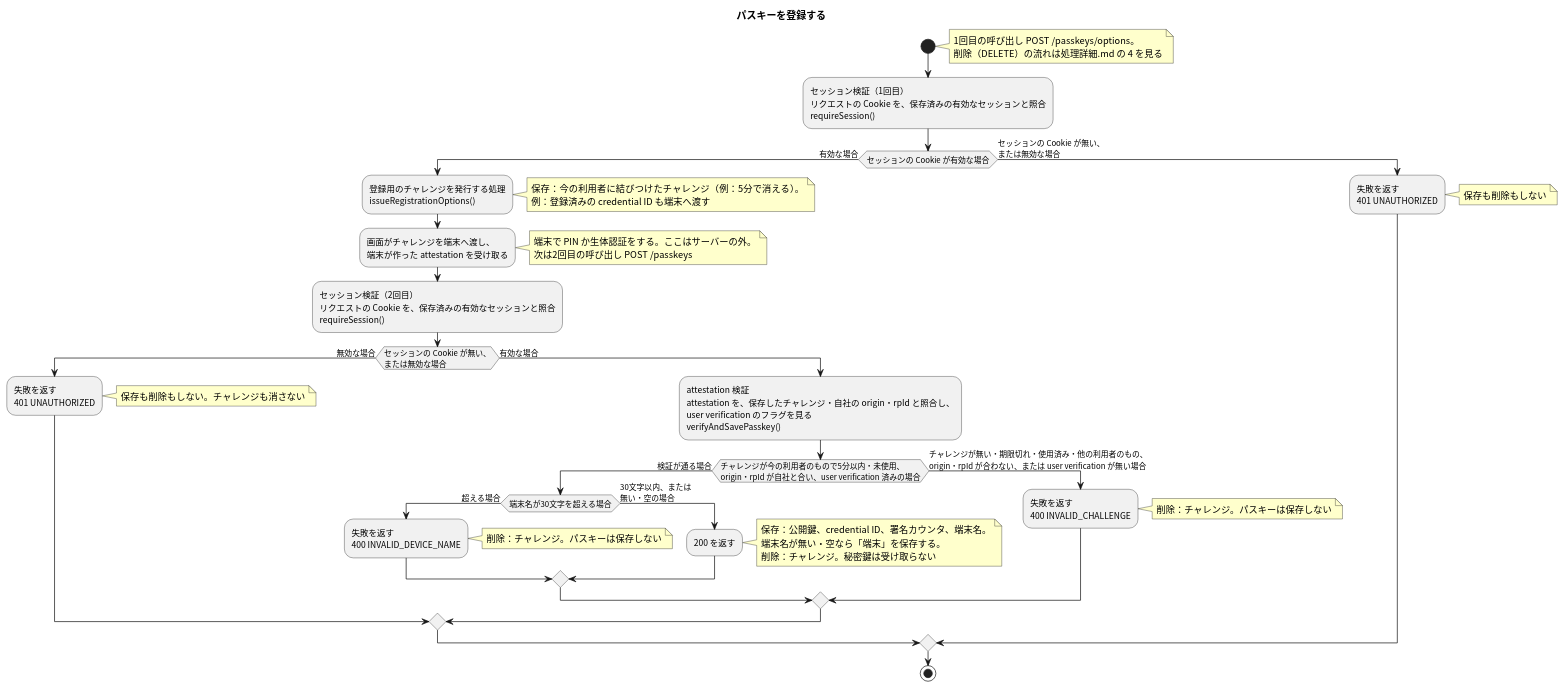
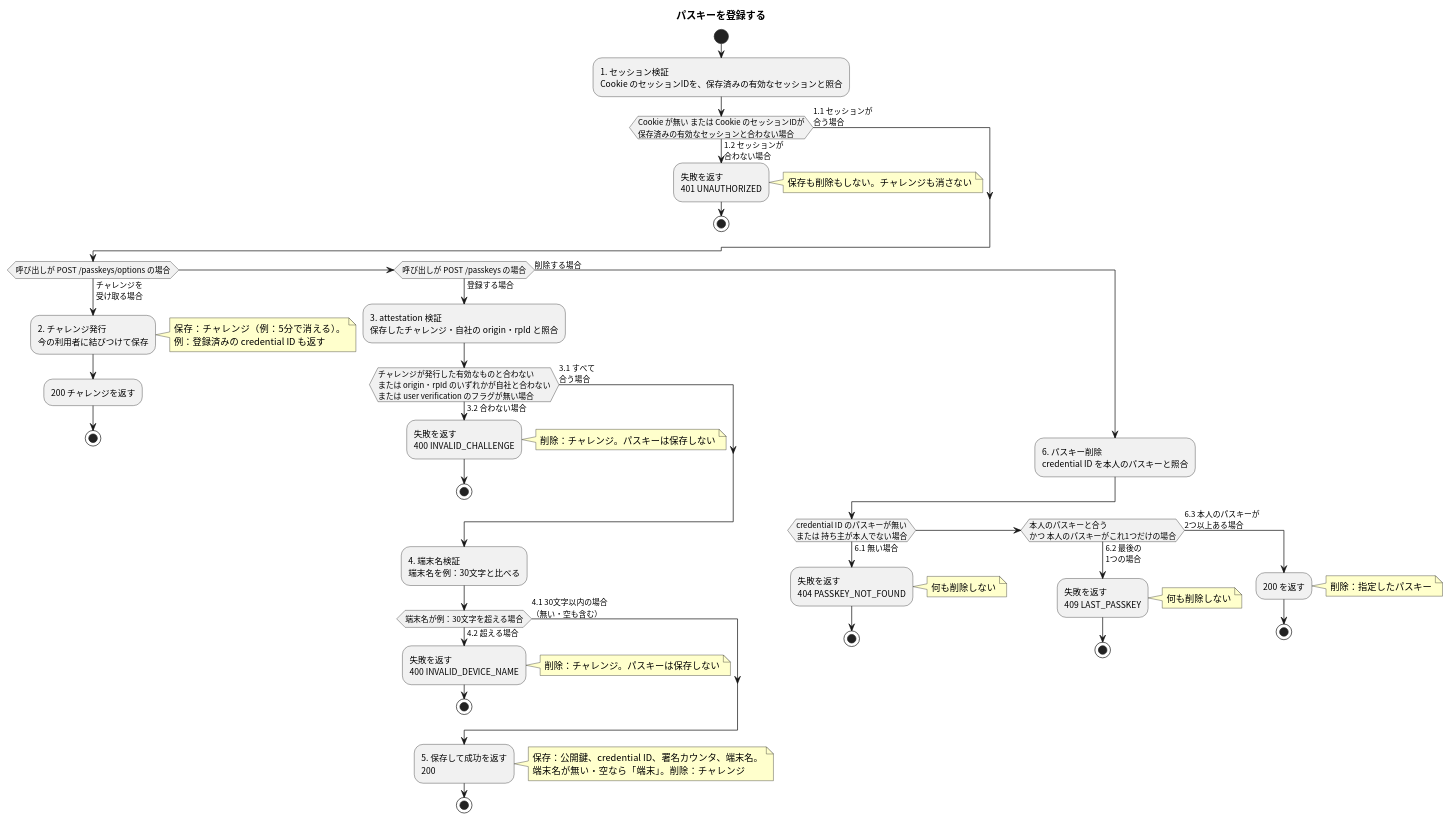
The diagram in apis/register-passkey/flow.puml (masamasamasato/design-doc-template), drawn with PlantUML before and after one commit. The commit also changed other lines of this file and 35 other files, not shown here.

```diff
--- a/apis/register-passkey/flow.puml
+++ b/apis/register-passkey/flow.puml
@@ -3,41 +3,56 @@
 @startuml
 skinparam shadowing false
 skinparam defaultFontName "Noto Sans CJK JP"
 skinparam ActivityFontName "Noto Sans CJK JP"
 skinparam NoteBackgroundColor #FFFFCC
 
 title パスキーを登録する
 
 start
-note right: 1回目の呼び出し POST /passkeys/options。\n削除（DELETE）の流れは処理詳細.md の 4 を見る
-:セッション検証（1回目）\nリクエストの Cookie を、保存済みの有効なセッションと照合\nrequireSession();
-if (セッションの Cookie が有効な場合) then (有効な場合)
-  :登録用のチャレンジを発行する処理\nissueRegistrationOptions();
-  note right: 保存：今の利用者に結びつけたチャレンジ（例：5分で消える）。\n例：登録済みの credential ID も端末へ渡す
-  :画面がチャレンジを端末へ渡し、\n端末が作った attestation を受け取る;
-  note right: 端末で PIN か生体認証をする。ここはサーバーの外。\n次は2回目の呼び出し POST /passkeys
-  :セッション検証（2回目）\nリクエストの Cookie を、保存済みの有効なセッションと照合\nrequireSession();
-  if (セッションの Cookie が無い、\nまたは無効な場合) then (無効な場合)
-    :失敗を返す\n401 UNAUTHORIZED;
-    note right: 保存も削除もしない。チャレンジも消さない
-  else (有効な場合)
-    :attestation 検証\nattestation を、保存したチャレンジ・自社の origin・rpId と照合し、\nuser verification のフラグを見る\nverifyAndSavePasskey();
-    if (チャレンジが今の利用者のもので5分以内・未使用、\norigin・rpId が自社と合い、user verification 済みの場合) then (検証が通る場合)
-      if (端末名が30文字を超える場合) then (超える場合)
-        :失敗を返す\n400 INVALID_DEVICE_NAME;
-        note right: 削除：チャレンジ。パスキーは保存しない
-      else (30文字以内、または\n無い・空の場合)
-        :200 を返す;
-        note right: 保存：公開鍵、credential ID、署名カウンタ、端末名。\n端末名が無い・空なら「端末」を保存する。\n削除：チャレンジ。秘密鍵は受け取らない
-      endif
-    else (チャレンジが無い・期限切れ・使用済み・他の利用者のもの、\norigin・rpId が合わない、または user verification が無い場合)
-      :失敗を返す\n400 INVALID_CHALLENGE;
-      note right: 削除：チャレンジ。パスキーは保存しない
-    endif
+:1. セッション検証\nCookie のセッションIDを、保存済みの有効なセッションと照合;
+if (Cookie が無い または Cookie のセッションIDが\n保存済みの有効なセッションと合わない場合) then (1.2 セッションが\n合わない場合)
+  :失敗を返す\n401 UNAUTHORIZED;
+  note right: 保存も削除もしない。チャレンジも消さない
+  stop
+else (1.1 セッションが\n合う場合)
+endif
+if (呼び出しが POST /passkeys/options の場合) then (チャレンジを\n受け取る場合)
+  :2. チャレンジ発行\n今の利用者に結びつけて保存;
+  note right: 保存：チャレンジ（例：5分で消える）。\n例：登録済みの credential ID も返す
+  :200 チャレンジを返す;
+  stop
+elseif (呼び出しが POST /passkeys の場合) then (登録する場合)
+  :3. attestation 検証\n保存したチャレンジ・自社の origin・rpId と照合;
+  if (チャレンジが発行した有効なものと合わない\nまたは origin・rpId のいずれかが自社と合わない\nまたは user verification のフラグが無い場合) then (3.2 合わない場合)
+    :失敗を返す\n400 INVALID_CHALLENGE;
+    note right: 削除：チャレンジ。パスキーは保存しない
+    stop
+  else (3.1 すべて\n合う場合)
   endif
-else (セッションの Cookie が無い、\nまたは無効な場合)
-  :失敗を返す\n401 UNAUTHORIZED;
-  note right: 保存も削除もしない
+  :4. 端末名検証\n端末名を例：30文字と比べる;
+  if (端末名が例：30文字を超える場合) then (4.2 超える場合)
+    :失敗を返す\n400 INVALID_DEVICE_NAME;
+    note right: 削除：チャレンジ。パスキーは保存しない
+    stop
+  else (4.1 30文字以内の場合\n（無い・空も含む）)
+  endif
+  :5. 保存して成功を返す\n200;
+  note right: 保存：公開鍵、credential ID、署名カウンタ、端末名。\n端末名が無い・空なら「端末」。削除：チャレンジ
+  stop
+else (削除する場合)
+  :6. パスキー削除\ncredential ID を本人のパスキーと照合;
+  if (credential ID のパスキーが無い\nまたは 持ち主が本人でない場合) then (6.1 無い場合)
+    :失敗を返す\n404 PASSKEY_NOT_FOUND;
+    note right: 何も削除しない
+    stop
+  elseif (本人のパスキーと合う\nかつ 本人のパスキーがこれ1つだけの場合) then (6.2 最後の\n1つの場合)
+    :失敗を返す\n409 LAST_PASSKEY;
+    note right: 何も削除しない
+    stop
+  else (6.3 本人のパスキーが\n2つ以上ある場合)
+    :200 を返す;
+    note right: 削除：指定したパスキー
+    stop
+  endif
 endif
-stop
 @enduml
```
